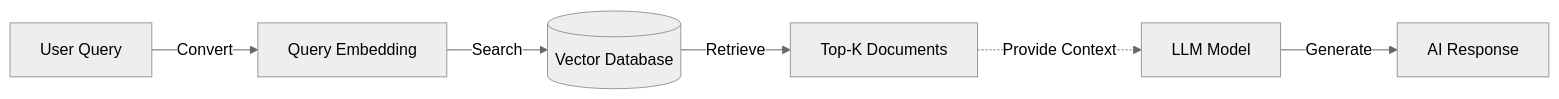
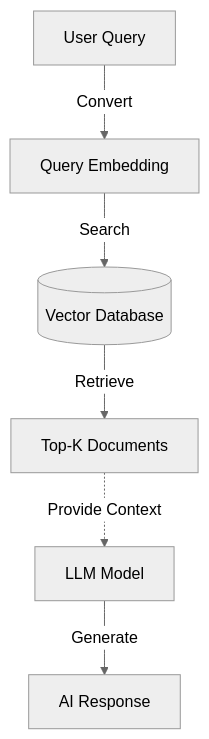
Before and after one commit to ga-curriculum/genai-llm-capabilities-alignment-v2: the diagram in introduction-to-rag/README.md, drawn with Mermaid (neutral theme).

```diff
--- a/introduction-to-rag/README.md
+++ b/introduction-to-rag/README.md
@@ -36,9 +36,9 @@
 <div class="mermaid">
-graph LR
+graph TD
     A[User Query] -->|Convert| B[Query Embedding]
     B -->|Search| C[(Vector Database)]
     C -->|Retrieve| D[Top-K Documents]
     
     D -.->|Provide Context| E[LLM Model]
     E -->|Generate| F[AI Response]
 </div>
```
